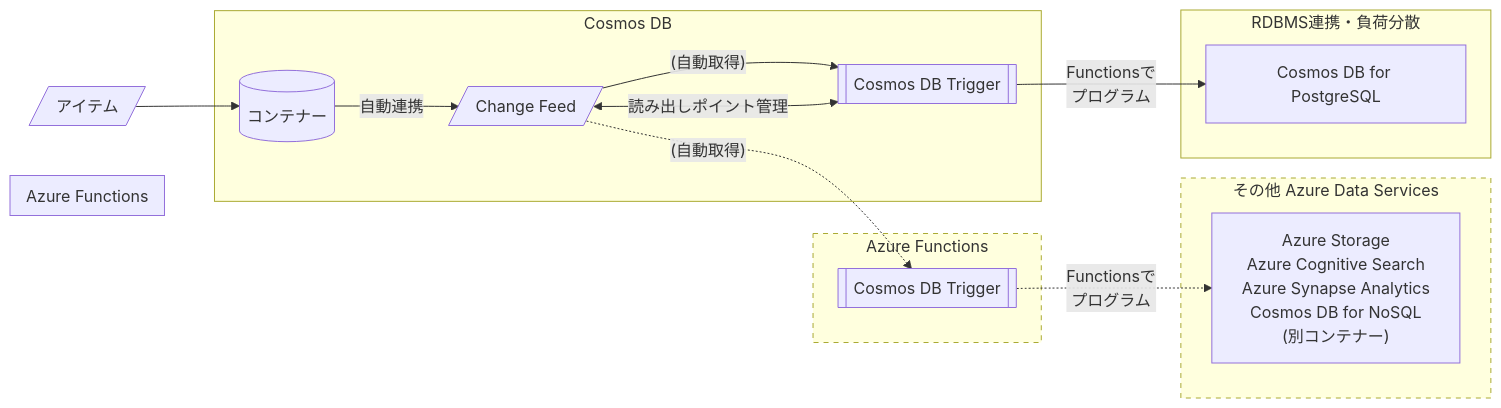
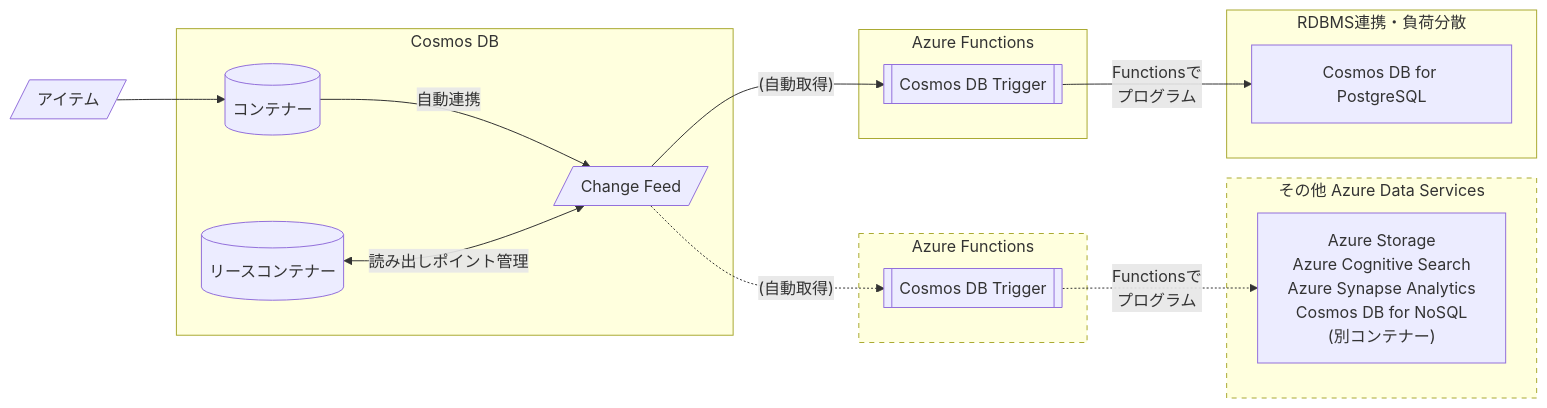
The third of 5 diagrams in 00_CosmosDB_Essential.md (tahayaka-microsoft/CosmosDB_NoSQL_Essentials), drawn with Mermaid before and after one commit.

````diff
--- a/00_CosmosDB_Essential.md
+++ b/00_CosmosDB_Essential.md
@@ -401,36 +401,36 @@
 ```mermaid
 graph LR
     1[/"アイテム"/]
     1-->A
     subgraph Cosmos DB
         A[(コンテナー)]
         D[/Change Feed/]
-        B[(リースコンテナー)]
+        G[(リースコンテナー)]
         A--自動連携-->D
-        B<--読み出しポイント管理-->D
+        G<--読み出しポイント管理-->D
     end
     subgraph af1[Azure Functions]
         B[["Cosmos DB Trigger"]] 
     end
     subgraph af2[Azure Functions]
         F[["Cosmos DB Trigger"]] 
     end
     subgraph ss2["その他 Azure Data Services"]
         E["Azure Storage
         Azure Cognitive Search
         Azure Synapse Analytics
         Cosmos DB for NoSQL
         (別コンテナー)"] 
     end
     subgraph ss1["RDBMS連携・負荷分散"]
         C["Cosmos DB for PostgreSQL"] 
     end
     D --"(自動取得)"--> B
     D -."(自動取得)".-> F
     B --"Functionsで
     プログラム"--> C
     F -."Functionsで
     プログラム".-> E
     style af2 stroke-dasharray: 5 5
     style ss2 stroke-dasharray: 5 5
 ```
````
